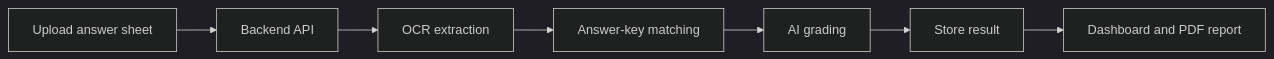
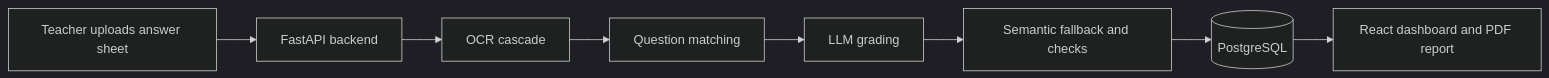
The diagram in README.md (IrshadAliKhan91/ai-assisted-paper-grading-system), drawn with Mermaid (dark theme) before and after one commit. The commit also changed other lines of this file and 11 other files, not shown here.

Commit message:
Remove fixed answer key template workflow

````diff
--- a/README.md
+++ b/README.md
@@ -24,9 +24,10 @@
 ```mermaid
 flowchart LR
-    A[Upload answer sheet] --> B[Backend API]
-    B --> C[OCR extraction]
-    C --> D[Answer-key matching]
-    D --> E[AI grading]
-    E --> F[Store result]
-    F --> G[Dashboard and PDF report]
+    A[Teacher uploads answer sheet] --> B[FastAPI backend]
+    B --> C[OCR cascade]
+    C --> D[Question matching]
+    D --> E[LLM grading]
+    E --> F[Semantic fallback and checks]
+    F --> G[(PostgreSQL)]
+    G --> H[React dashboard and PDF report]
 ```
````
